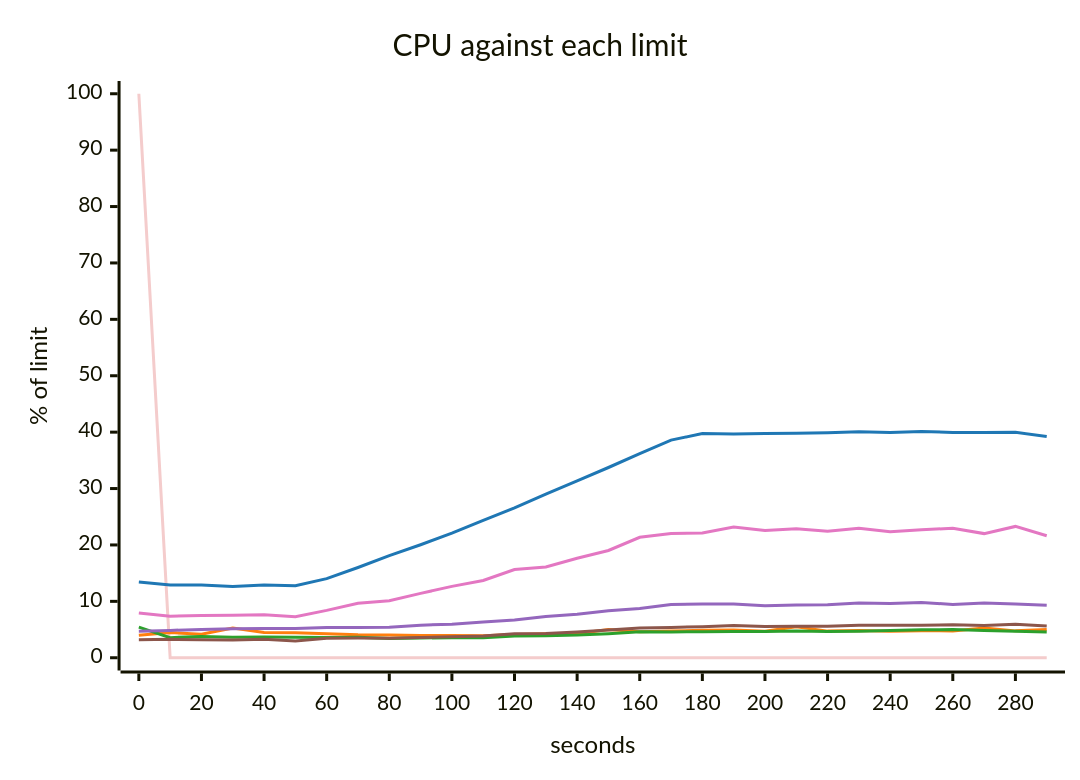
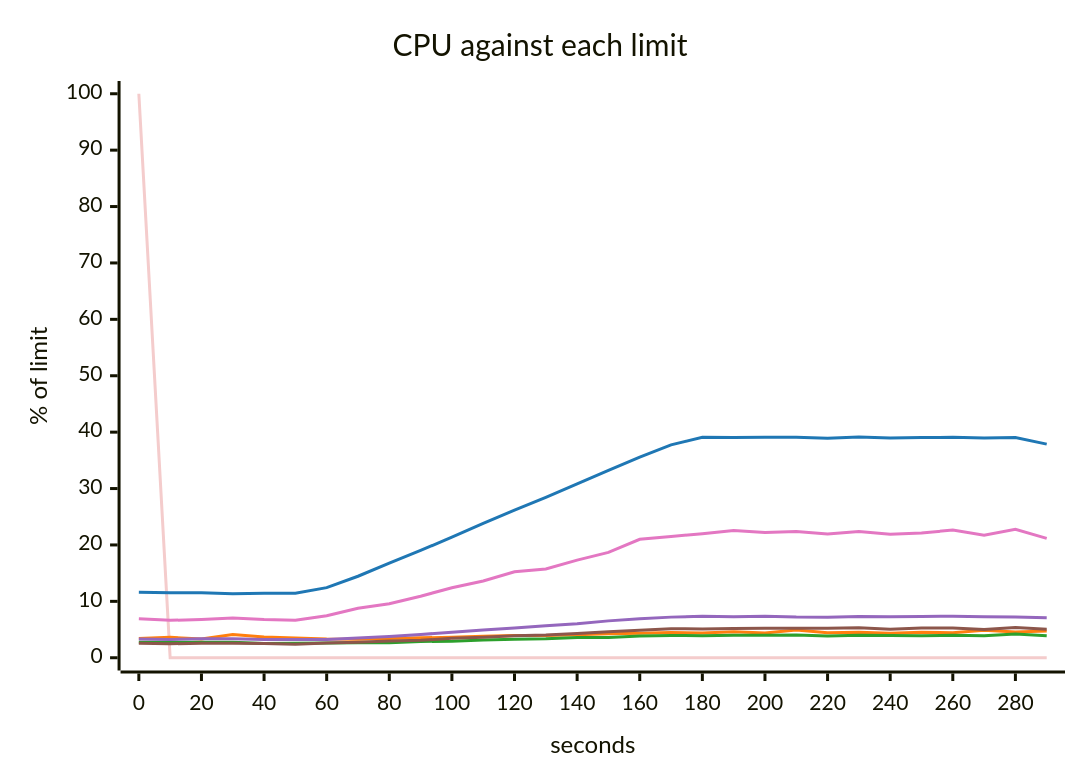
The fifth of 5 diagrams in scenarios/backed-up-queue/solutions/more-runners/report.md (akinfemi/load-lore), drawn with Mermaid before and after one commit. The commit also changed other lines of this file and 71 other files, not shown here.

````diff
--- a/scenarios/backed-up-queue/solutions/more-runners/report.md
+++ b/scenarios/backed-up-queue/solutions/more-runners/report.md
@@ -100,20 +100,20 @@
 ```mermaid
 ---
 config:
   themeVariables:
     xyChart:
       backgroundColor: "transparent"
       plotColorPalette: "#f4cccc, #1f77b4, #ff7f0e, #2ca02c, #9467bd, #8c564b, #e377c2"
 ---
 xychart-beta
     title "CPU against each limit"
     x-axis "seconds" 0 --> 290
     y-axis "% of limit" 0 --> 100
     line [100, 0, 0, 0, 0, 0, 0, 0, 0, 0, 0, 0, 0, 0, 0, 0, 0, 0, 0, 0, 0, 0, 0, 0, 0, 0, 0, 0, 0, 0]
-    line [13.415, 12.9, 12.898, 12.617, 12.918, 12.773, 14.033, 16.006, 18.095, 20.037, 22.112, 24.349, 26.585, 29.018, 31.373, 33.732, 36.18, 38.587, 39.748, 39.664, 39.753, 39.801, 39.879, 40.052, 39.949, 40.096, 39.951, 39.943, 39.968, 39.225]
-    line [3.973, 4.468, 4.161, 5.274, 4.475, 4.45, 4.235, 4.079, 4.051, 3.966, 3.936, 3.9, 4.112, 4.246, 4.277, 5.023, 4.599, 4.743, 4.873, 4.901, 4.702, 5.476, 4.723, 4.845, 4.686, 4.805, 4.757, 5.285, 4.766, 5]
-    line [5.437, 3.565, 3.783, 3.635, 3.68, 3.628, 3.573, 3.633, 3.431, 3.513, 3.541, 3.56, 3.852, 3.891, 4.052, 4.271, 4.592, 4.563, 4.627, 4.655, 4.651, 4.748, 4.661, 4.695, 4.817, 4.954, 4.999, 4.818, 4.718, 4.583]
-    line [4.686, 4.853, 5.019, 5.158, 5.178, 5.2, 5.365, 5.346, 5.429, 5.768, 5.953, 6.329, 6.679, 7.312, 7.723, 8.319, 8.729, 9.439, 9.512, 9.534, 9.207, 9.35, 9.401, 9.729, 9.612, 9.781, 9.454, 9.697, 9.512, 9.288]
-    line [3.207, 3.272, 3.173, 3.126, 3.262, 2.982, 3.478, 3.482, 3.457, 3.585, 3.707, 3.869, 4.243, 4.311, 4.563, 4.908, 5.283, 5.369, 5.51, 5.727, 5.547, 5.589, 5.607, 5.771, 5.746, 5.744, 5.865, 5.707, 5.96, 5.63]
-    line [7.944, 7.351, 7.495, 7.524, 7.639, 7.273, 8.397, 9.667, 10.12, 11.416, 12.652, 13.695, 15.649, 16.105, 17.642, 19.025, 21.361, 22.03, 22.13, 23.19, 22.55, 22.89, 22.427, 22.954, 22.337, 22.707, 22.952, 22.013, 23.286, 21.624]
+    line [11.604, 11.503, 11.535, 11.368, 11.436, 11.435, 12.43, 14.451, 16.798, 19.029, 21.381, 23.811, 26.179, 28.448, 30.808, 33.212, 35.59, 37.746, 39.078, 39.038, 39.079, 39.109, 38.917, 39.135, 38.964, 39.034, 39.078, 38.982, 39.037, 37.874]
+    line [3.393, 3.624, 3.312, 4.106, 3.692, 3.511, 3.326, 3.296, 3.412, 3.538, 3.625, 3.791, 3.936, 3.949, 4.082, 4.254, 4.327, 4.457, 4.372, 4.623, 4.409, 4.936, 4.43, 4.525, 4.342, 4.52, 4.44, 4.872, 4.561, 4.745]
+    line [2.733, 2.754, 2.761, 2.729, 2.541, 2.592, 2.612, 2.663, 2.661, 2.88, 2.943, 3.156, 3.288, 3.367, 3.576, 3.585, 3.851, 3.942, 3.912, 4.008, 3.978, 4.049, 3.858, 3.979, 3.95, 3.897, 3.988, 3.918, 4.218, 3.882]
+    line [3.311, 3.236, 3.376, 3.355, 3.256, 3.237, 3.237, 3.498, 3.762, 4.107, 4.537, 4.9, 5.275, 5.661, 6.025, 6.538, 6.904, 7.203, 7.368, 7.283, 7.352, 7.206, 7.189, 7.303, 7.251, 7.293, 7.376, 7.271, 7.242, 7.109]
+    line [2.582, 2.476, 2.577, 2.578, 2.519, 2.384, 2.631, 2.754, 2.963, 3.095, 3.443, 3.615, 3.883, 4.033, 4.308, 4.604, 4.876, 5.135, 5.109, 5.169, 5.227, 5.213, 5.223, 5.326, 5.05, 5.263, 5.284, 4.996, 5.354, 5.068]
+    line [6.894, 6.636, 6.791, 7.038, 6.763, 6.634, 7.442, 8.788, 9.568, 10.908, 12.422, 13.613, 15.238, 15.738, 17.307, 18.673, 21.005, 21.488, 21.996, 22.58, 22.213, 22.399, 21.949, 22.382, 21.894, 22.123, 22.633, 21.733, 22.773, 21.157]
 ```
````
